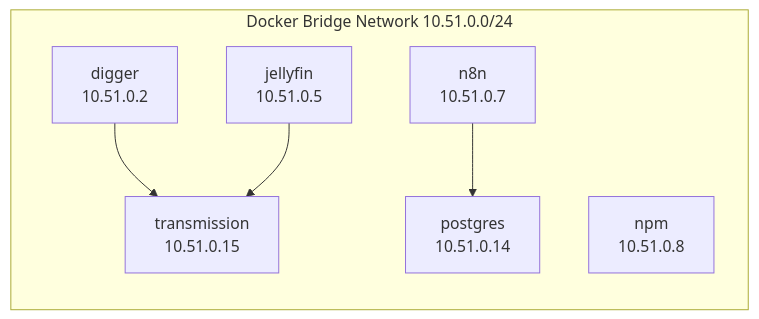
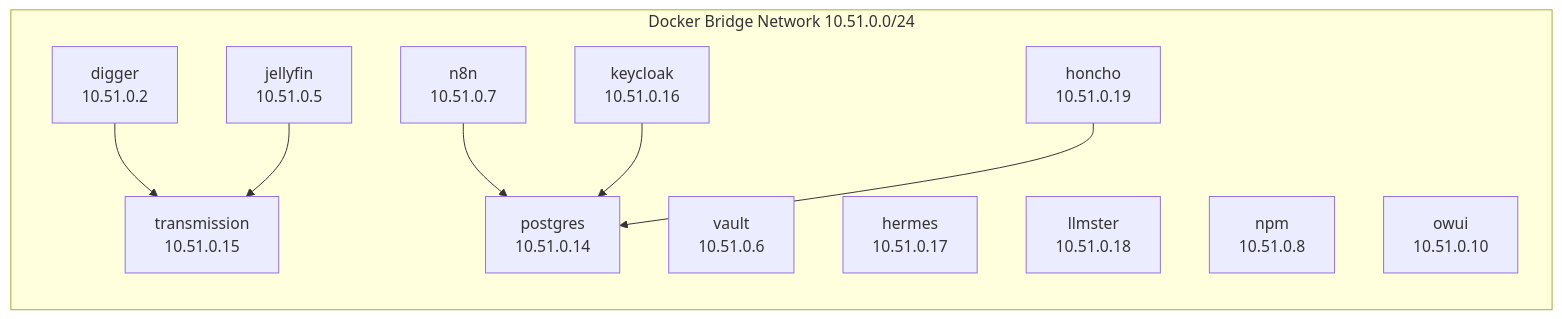
The third of 6 diagrams in readme.md (mouralx/homelab), drawn with Mermaid before and after one commit. The commit also changed other lines of this file and 7 other files, not shown here.

````diff
--- a/readme.md
+++ b/readme.md
@@ -167,15 +184,23 @@
 ```mermaid
 flowchart LR
     subgraph DockerNetwork[Docker Bridge Network 10.51.0.0/24]
         DiggerSvc[digger\n10.51.0.2]
-        TransmissionSvc[transmission\n10.51.0.15]
-        PostgresSvc[postgres\n10.51.0.14]
-        N8nSvc[n8n\n10.51.0.7]
+        VaultSvc[vault\n10.51.0.6]
+        HermesSvc[hermes\n10.51.0.17]
+        LLMsterSvc[llmster\n10.51.0.18]
+        n8nSvc[n8n\n10.51.0.7]
         JellyfinSvc[jellyfin\n10.51.0.5]
         NPMsvc[npm\n10.51.0.8]
+        PostgresSvc[postgres\n10.51.0.14]
+        TransmissionSvc[transmission\n10.51.0.15]
+        HonchoSvc[honcho\n10.51.0.19]
+        KeycloakSvc[keycloak\n10.51.0.16]
+        OWUISvc[owui\n10.51.0.10]
     end
 
     DiggerSvc --> TransmissionSvc
-    N8nSvc --> PostgresSvc
+    n8nSvc --> PostgresSvc
+    KeycloakSvc --> PostgresSvc
+    HonchoSvc --> PostgresSvc
     JellyfinSvc --> TransmissionSvc
 ```
````
